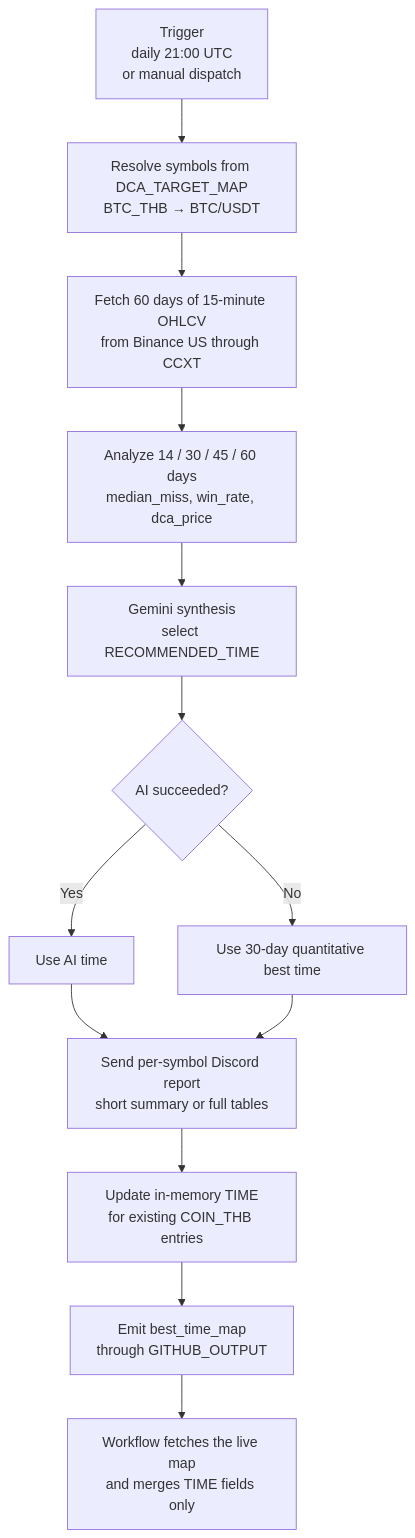
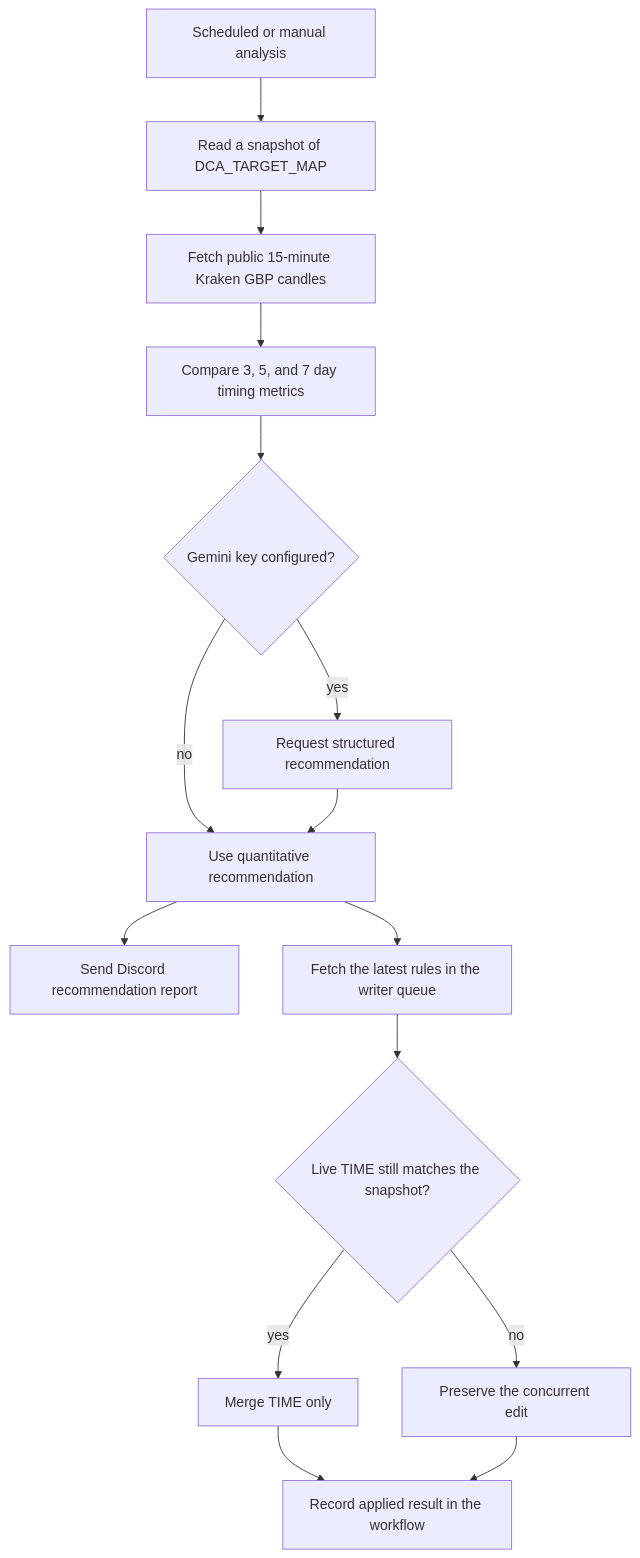
Before and after one commit to aesscialo-bot/DCA-Bot: the second of 4 diagrams in README.md, drawn with Mermaid. The commit also changed other lines of this file and 26 other files, not shown here.

Commit message:
Make Kraken DCA fully GBP-native and fail closed

````diff
--- a/README.md
+++ b/README.md
@@ -148,15 +118,17 @@
 ```mermaid
 flowchart TD
-    A["Trigger<br/>daily 21:00 UTC<br/>or manual dispatch"] --> B["Resolve symbols from DCA_TARGET_MAP<br/>BTC_THB → BTC/USDT"]
-    B --> C["Fetch 60 days of 15-minute OHLCV<br/>from Binance US through CCXT"]
-    C --> D["Analyze 14 / 30 / 45 / 60 days<br/>median_miss, win_rate, dca_price"]
-    D --> E["Gemini synthesis<br/>select RECOMMENDED_TIME"]
-    E --> F{AI succeeded?}
-    F -->|Yes| G["Use AI time"]
-    F -->|No| H["Use 30-day quantitative best time"]
-    G --> I["Send per-symbol Discord report<br/>short summary or full tables"]
-    H --> I
-    I --> J["Update in-memory TIME<br/>for existing COIN_THB entries"]
-    J --> K["Emit best_time_map<br/>through GITHUB_OUTPUT"]
-    K --> L["Workflow fetches the live map<br/>and merges TIME fields only"]
+    S["Scheduled or manual analysis"] --> SNAP["Read a snapshot of DCA_TARGET_MAP"]
+    SNAP --> O["Fetch public 15-minute Kraken GBP candles"]
+    O --> Q["Compare 3, 5, and 7 day timing metrics"]
+    Q --> G{"Gemini key configured?"}
+    G -->|"yes"| AI["Request structured recommendation"]
+    G -->|"no"| REC["Use quantitative recommendation"]
+    AI --> REC
+    REC --> REPORT["Send Discord recommendation report"]
+    REC --> LIVE["Fetch the latest rules in the writer queue"]
+    LIVE --> SAME{"Live TIME still matches the snapshot?"}
+    SAME -->|"yes"| MERGE["Merge TIME only"]
+    SAME -->|"no"| SKIP["Preserve the concurrent edit"]
+    MERGE --> RESULT["Record applied result in the workflow"]
+    SKIP --> RESULT
 ```
````
